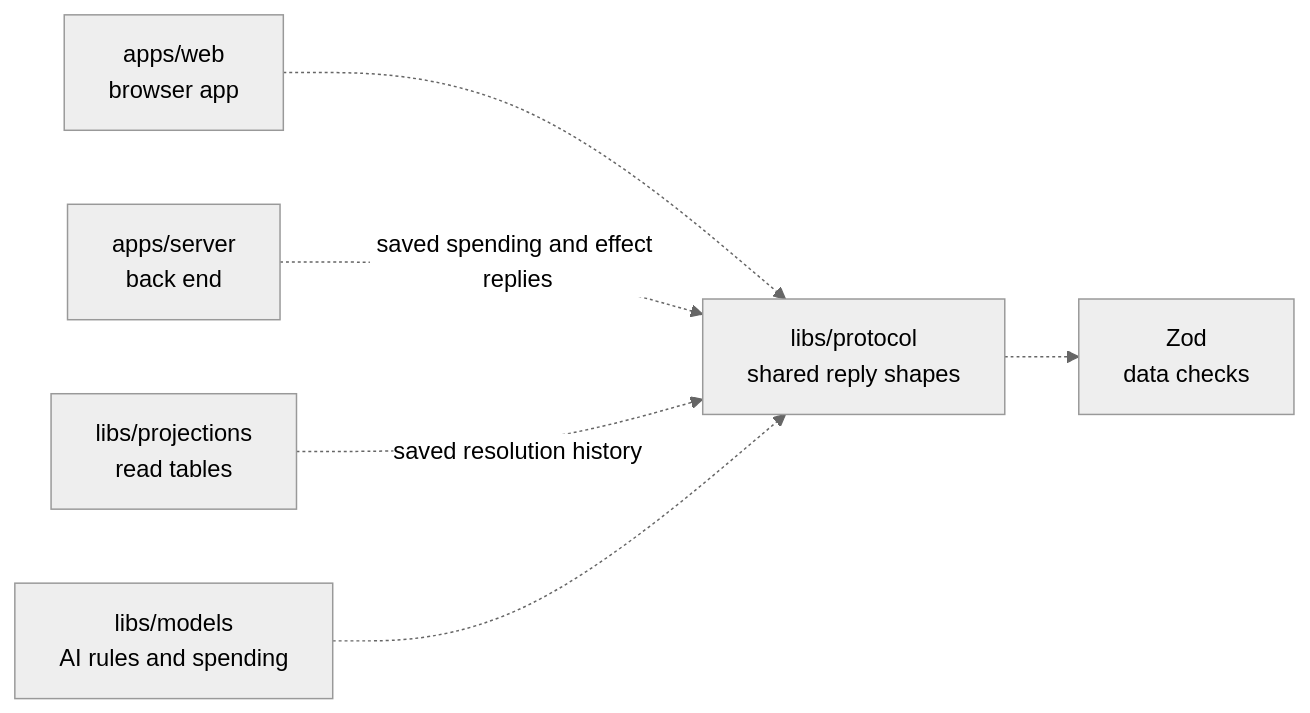
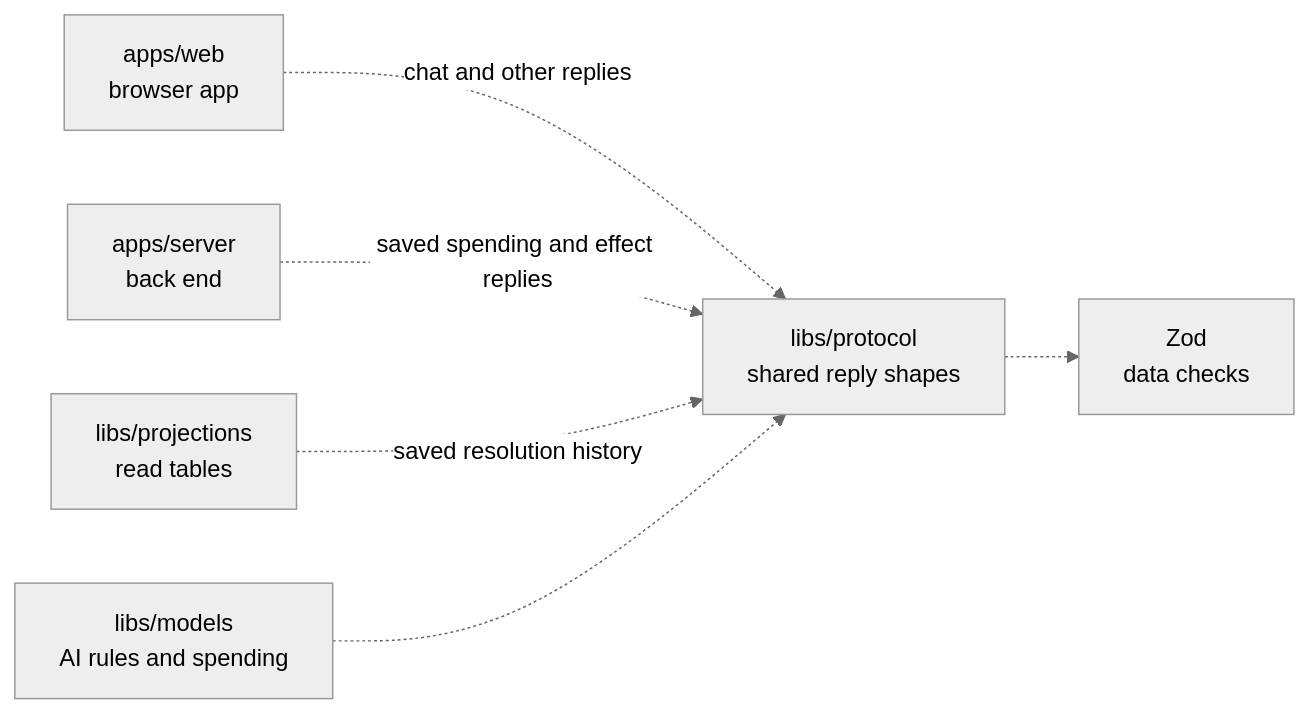
The diagram in libs/protocol/README.md (elewa-git/opencrane-new), drawn with Mermaid (neutral theme) before and after one commit. The commit also changed other lines of this file and 4 other files, not shown here.

````diff
--- a/libs/protocol/README.md
+++ b/libs/protocol/README.md
@@ -28,8 +28,8 @@
 ```mermaid
 flowchart LR
-  web["apps/web<br/>browser app"] -.-> protocol["libs/protocol<br/>shared reply shapes"]
+  web["apps/web<br/>browser app"] -.->|chat and other replies| protocol["libs/protocol<br/>shared reply shapes"]
   server["apps/server<br/>back end"] -.->|saved spending and effect replies| protocol
   projections["libs/projections<br/>read tables"] -.->|saved resolution history| protocol
   models["libs/models<br/>AI rules and spending"] -.-> protocol
   protocol -.-> zod["Zod<br/>data checks"]
 ```
````
